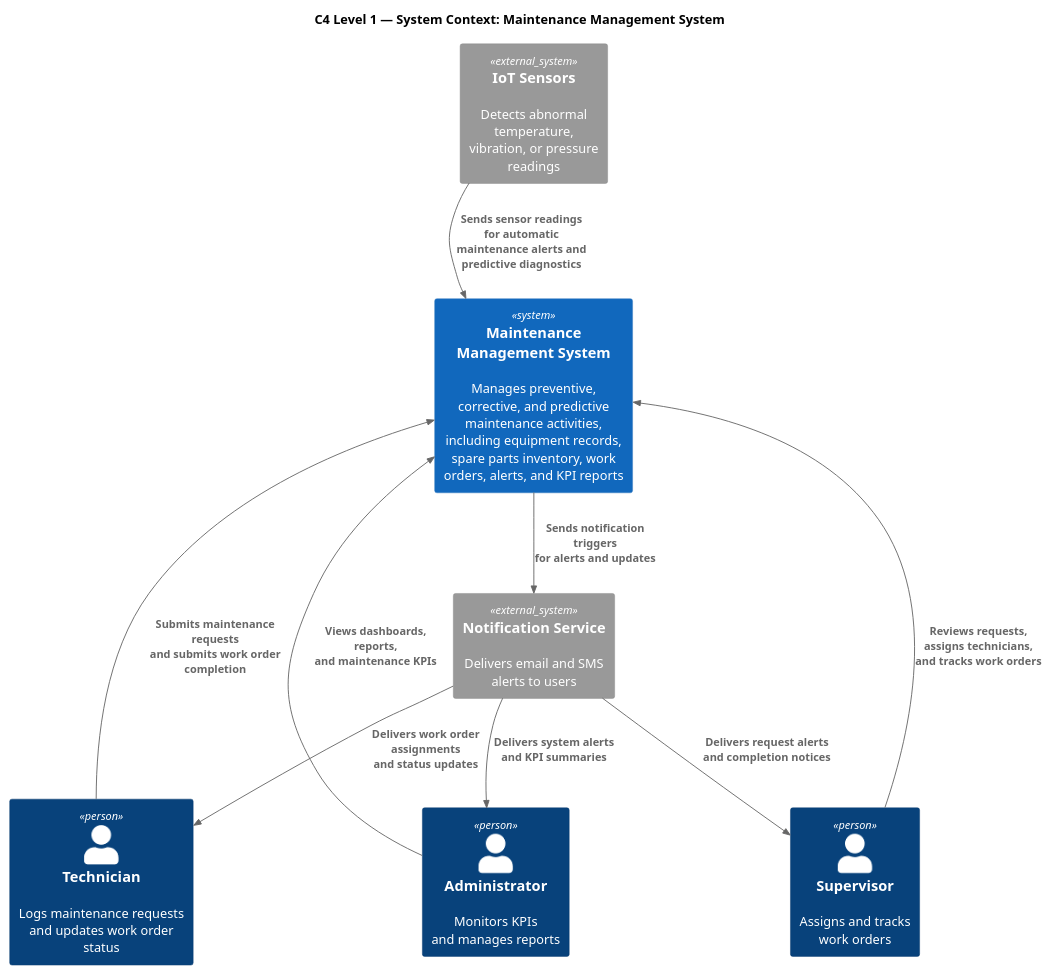
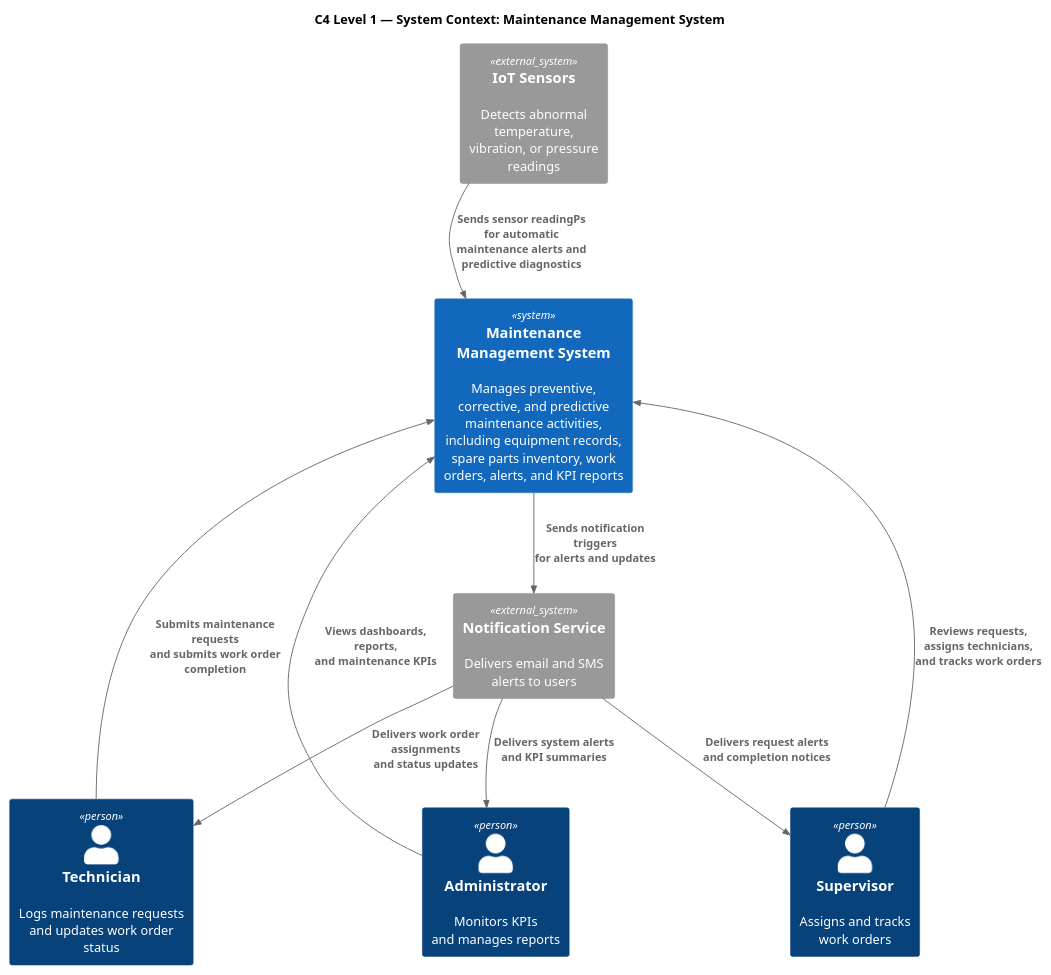
The diagram in UML/c4_L1_context.puml (xalameen8633-dotcom/Software-engineering-project), drawn with PlantUML before and after one commit. The commit also changed 3 other files, not shown here.

```diff
--- a/UML/c4_L1_context.puml
+++ b/UML/c4_L1_context.puml
@@ -1,30 +1,30 @@
 @startuml c4_L1_context
 !include https://raw.githubusercontent.com/plantuml-stdlib/C4-PlantUML/master/C4_Context.puml
 
 title C4 Level 1 — System Context: Maintenance Management System
 
 Person(technician, "Technician", "Logs maintenance requests\nand updates work order status")
 Person(supervisor, "Supervisor", "Assigns and tracks\nwork orders")
 Person(admin, "Administrator", "Monitors KPIs\nand manages reports")
 
 System(mms, "Maintenance Management System", "Manages preventive, corrective, and predictive maintenance activities, including equipment records, spare parts inventory, work orders, alerts, and KPI reports")
 
 System_Ext(iot, "IoT Sensors", "Detects abnormal temperature,\nvibration, or pressure readings")
 System_Ext(notif, "Notification Service", "Delivers email and SMS\nalerts to users")
 
 Rel(technician, mms, "Submits maintenance requests\nand submits work order completion")
 Rel(supervisor, mms, "Reviews requests, assigns technicians,\nand tracks work orders")
 Rel(admin, mms, "Views dashboards, reports,\nand maintenance KPIs")
-Rel(iot, mms, "Sends sensor readings for automatic\nmaintenance alerts and predictive diagnostics")
+Rel(iot, mms, "Sends sensor readingPs for automatic\nmaintenance alerts and predictive diagnostics")
 Rel(mms, notif, "Sends notification triggers\nfor alerts and updates")
 Rel(notif, technician, "Delivers work order assignments\nand status updates")
 Rel(notif, supervisor, "Delivers request alerts\nand completion notices")
 Rel(notif, admin, "Delivers system alerts\nand KPI summaries")
 
 Lay_L(technician, mms)
 Lay_U(supervisor, mms)
 Lay_R(admin, mms)
 Lay_D(iot, mms)
 
 
 @enduml
```
